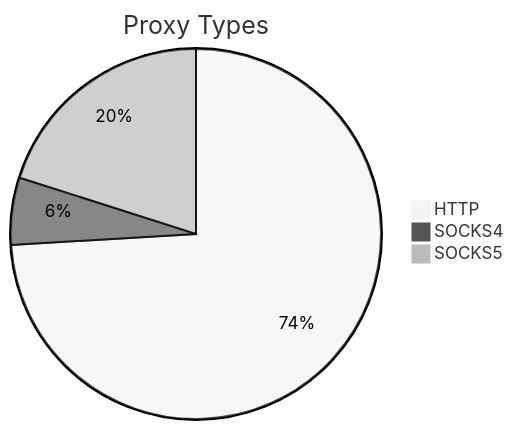
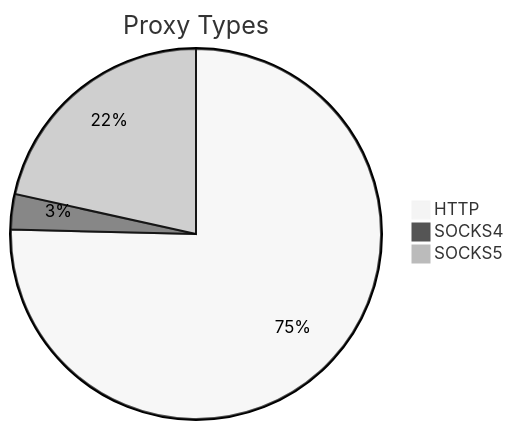
Before and after one commit to stormsia/proxy-list: the first of 2 diagrams in README.md, drawn with Mermaid (neutral theme). The commit also changed other lines of this file, not shown here.

````diff
--- a/README.md
+++ b/README.md
@@ -21,6 +21,6 @@
 ```mermaid
 pie title Proxy Types
-    "HTTP" : 177
-    "SOCKS4" : 14
-    "SOCKS5" : 48
+    "HTTP" : 147
+    "SOCKS4" : 6
+    "SOCKS5" : 42
 ```
````
